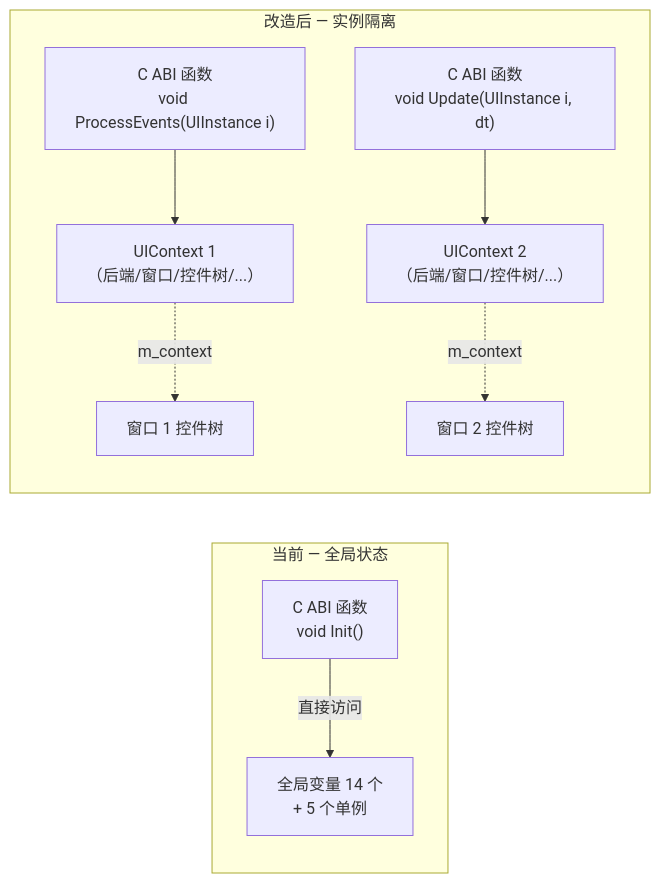
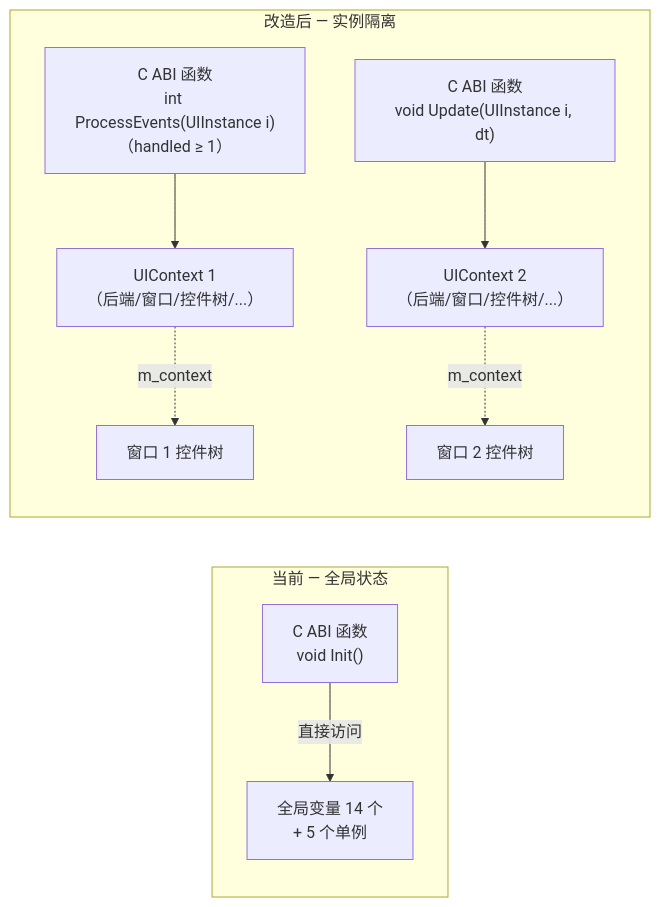
Before and after one commit to SeaOceanLiu/UIControls: the first of 4 diagrams in doc/CABI_MultiInstance_Design.md, drawn with Mermaid. The commit also changed other lines of this file and 79 other files, not shown here.

````diff
--- a/doc/CABI_MultiInstance_Design.md
+++ b/doc/CABI_MultiInstance_Design.md
@@ -147,19 +147,19 @@
 ```mermaid
 flowchart LR
     subgraph 当前["当前 — 全局状态"]
         C["C ABI 函数<br/>void Init()"]
         G["全局变量 14 个<br/>+ 5 个单例"]
         C -->|直接访问| G
     end
 
     subgraph 改造后["改造后 — 实例隔离"]
-        C1["C ABI 函数<br/>void ProcessEvents(UIInstance i)"]
+        C1["C ABI 函数<br/>int ProcessEvents(UIInstance i)<br/>（handled ≥ 1）"]
         C2["C ABI 函数<br/>void Update(UIInstance i, dt)"]
         CTX["UIContext 1<br/>（后端/窗口/控件树/...）"]
         CTX2["UIContext 2<br/>（后端/窗口/控件树/...）"]
         C1 --> CTX
         C2 --> CTX2
         CTX -.->|m_context| W["窗口 1 控件树"]
         CTX2 -.->|m_context| W2["窗口 2 控件树"]
     end
 ```
````
